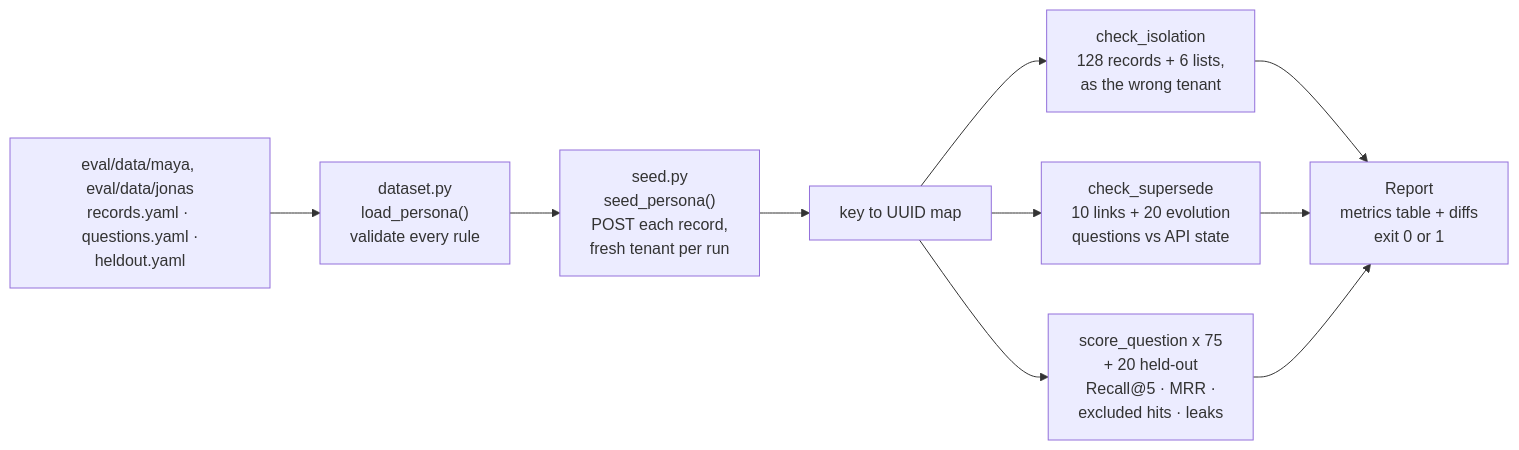
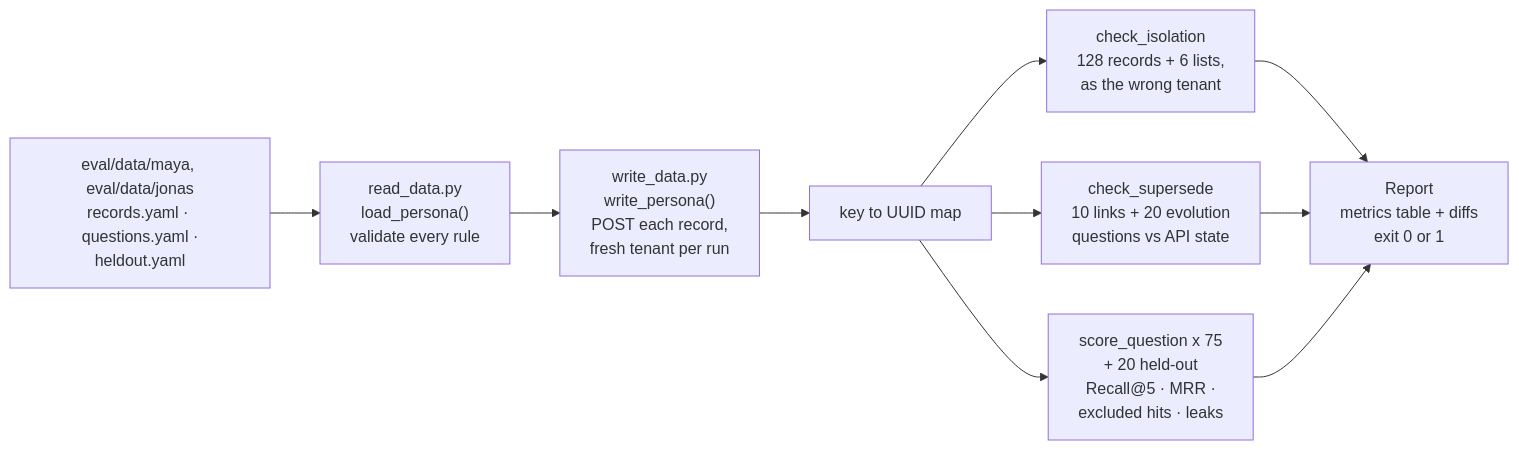
One commit to ZiadHendawy/mutable changed the ninth of 10 diagrams in README.md. Above: the diagram before and after it, drawn with Mermaid. The commit also changed other lines of this file and 14 other files, not shown here.

````diff
--- a/README.md
+++ b/README.md
@@ -407,10 +408,10 @@
 ```mermaid
 flowchart LR
-    yaml["eval/data/maya, eval/data/jonas<br/>records.yaml · questions.yaml ·<br/>heldout.yaml"] --> ds["dataset.py<br/>load_persona()<br/>validate every rule"]
-    ds --> seed["seed.py<br/>seed_persona()<br/>POST each record,<br/>fresh tenant per run"]
-    seed --> ids["key to UUID map"]
+    yaml["eval/data/maya, eval/data/jonas<br/>records.yaml · questions.yaml ·<br/>heldout.yaml"] --> rd["read_data.py<br/>load_persona()<br/>validate every rule"]
+    rd --> wd["write_data.py<br/>write_persona()<br/>POST each record,<br/>fresh tenant per run"]
+    wd --> ids["key to UUID map"]
     ids --> iso["check_isolation<br/>128 records + 6 lists,<br/>as the wrong tenant"]
     ids --> sup["check_supersede<br/>10 links + 20 evolution<br/>questions vs API state"]
     ids --> ret["score_question x 75<br/>+ 20 held-out<br/>Recall@5 · MRR ·<br/>excluded hits · leaks"]
     iso & sup & ret --> rep["Report<br/>metrics table + diffs<br/>exit 0 or 1"]
 ```
````
